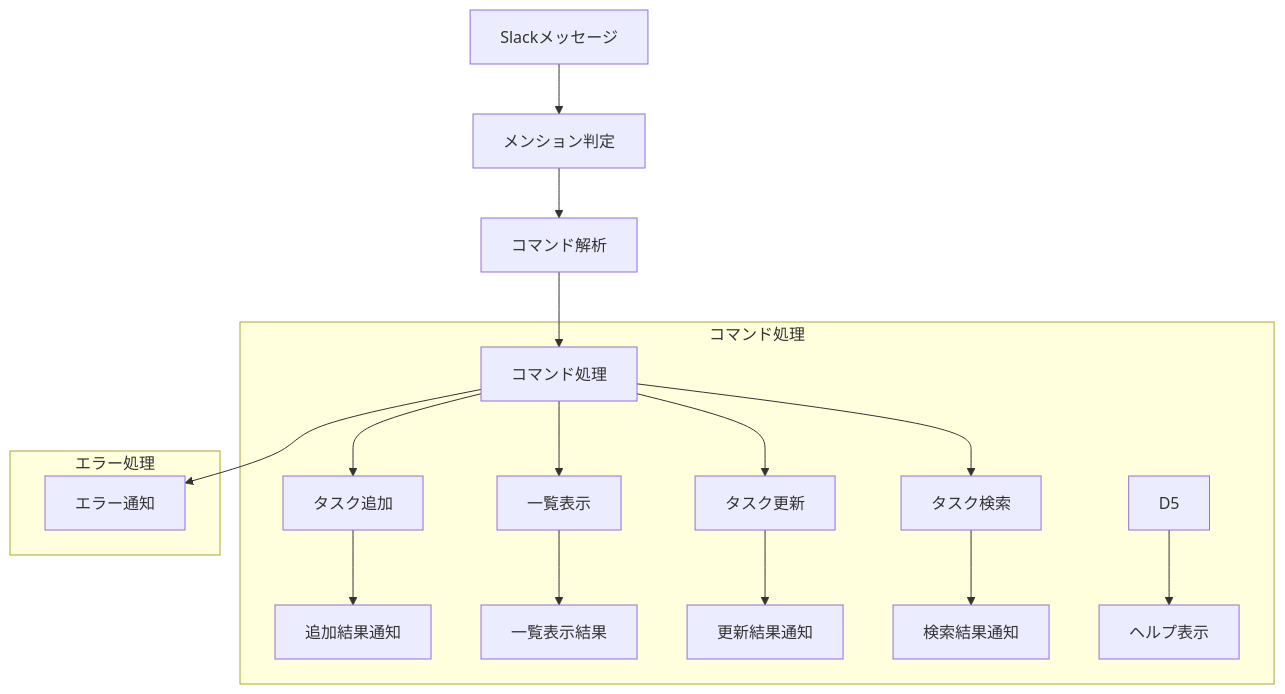
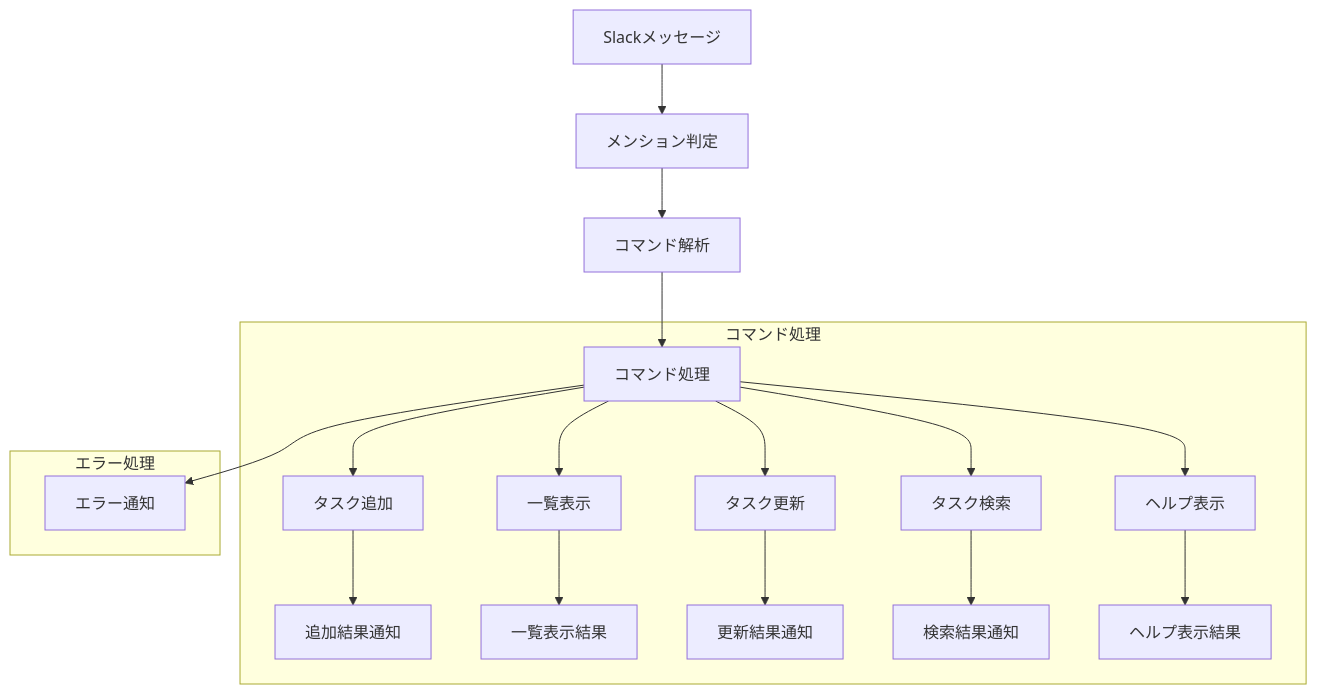
One commit to YL08140921/Task-Manager-for-Slack-bot changed the diagram in docs/components/slack_service.md. Above: the diagram before and after it, drawn with Mermaid. The commit also changed other lines of this file, not shown here.

Commit message:
SlackServiceのdocs-修正

````diff
--- a/docs/components/slack_service.md
+++ b/docs/components/slack_service.md
@@ -594,23 +594,24 @@
 ```mermaid
 graph TD
     A[Slackメッセージ] --> B[メンション判定]
     B --> C[コマンド解析]
     C --> D[コマンド処理]
     
     subgraph "コマンド処理"
         D --> D1[タスク追加]
         D --> D2[一覧表示]
         D --> D3[タスク更新]
         D --> D4[タスク検索]
+        D --> D5[ヘルプ表示]
         
         D1 --> E1[追加結果通知]
         D2 --> E2[一覧表示結果]
         D3 --> E3[更新結果通知]
         D4 --> E4[検索結果通知]
-        D5 --> E5[ヘルプ表示]
+        D5 --> E5[ヘルプ表示結果]
     end
     
     subgraph "エラー処理"
         D --> F1[エラー通知]
     end
 ```
````
